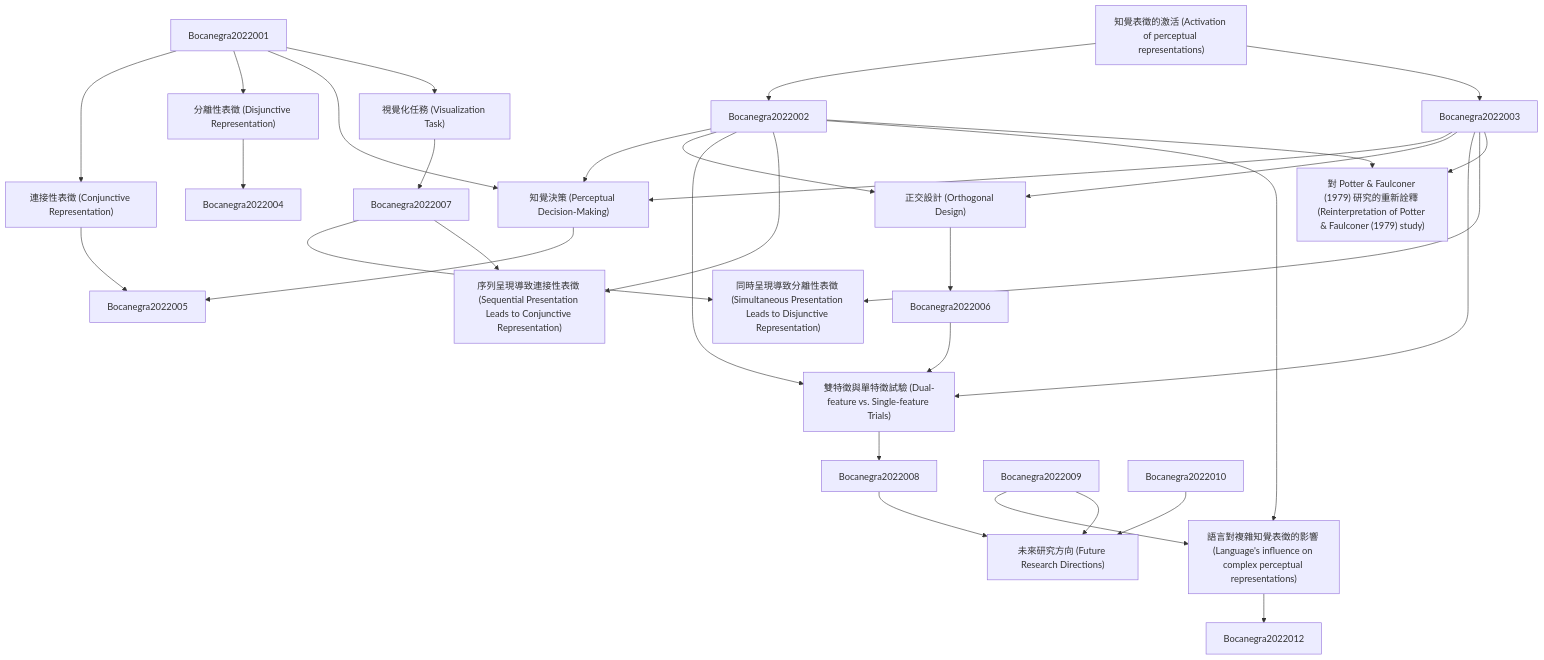
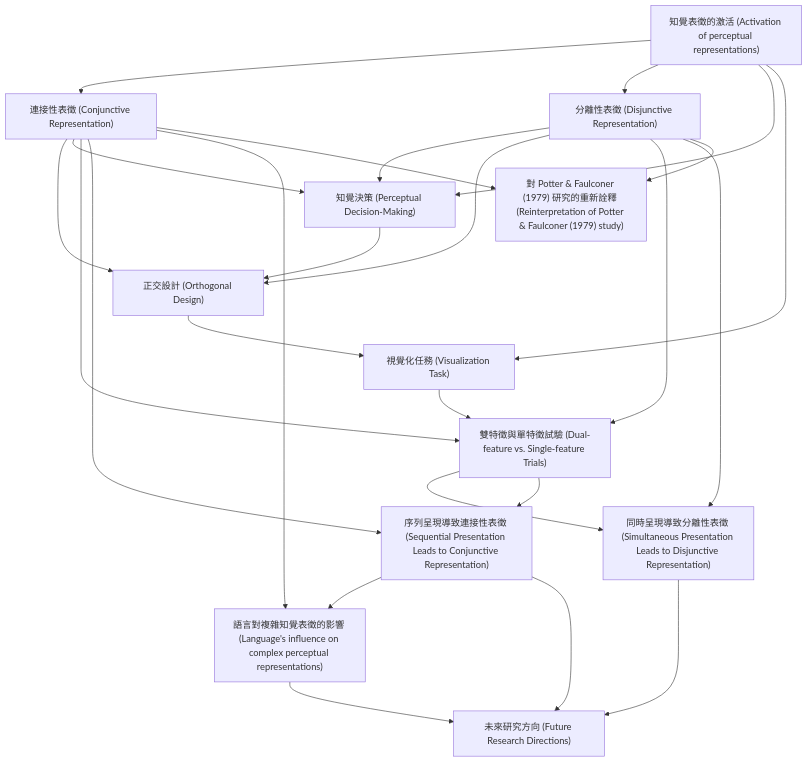
Before and after one commit to SCgeeker/Claude_Journal_Club_Agents: the diagram in output/zettelkasten_notes/zettel_Bocanegra-2022_20251104/zettel_index.md, drawn with Mermaid. The commit also changed 776 other files, not shown here.

````diff
--- a/output/zettelkasten_notes/zettel_Bocanegra-2022_20251104/zettel_index.md
+++ b/output/zettelkasten_notes/zettel_Bocanegra-2022_20251104/zettel_index.md
@@ -116,66 +116,59 @@
 
     Bocanegra-2022-012["未來研究方向 (Future Research Directions)"]
 
-    Bocanegra-2022-001 --> Bocanegra2022002
+    Bocanegra-2022-001 --> Bocanegra-2022-002
 
-    Bocanegra-2022-001 --> Bocanegra2022003
+    Bocanegra-2022-001 --> Bocanegra-2022-003
 
-    Bocanegra2022001 --> Bocanegra-2022-002
 
-    Bocanegra-2022-002 --> Bocanegra2022005
+    Bocanegra-2022-002 --> Bocanegra-2022-005
 
-    Bocanegra2022001 --> Bocanegra-2022-003
 
-    Bocanegra-2022-003 --> Bocanegra2022004
+    Bocanegra-2022-003 --> Bocanegra-2022-004
 
-    Bocanegra2022001 --> Bocanegra-2022-004
+    Bocanegra-2022-001 --> Bocanegra-2022-004
 
-    Bocanegra2022002 --> Bocanegra-2022-004
+    Bocanegra-2022-002 --> Bocanegra-2022-004
 
-    Bocanegra2022003 --> Bocanegra-2022-004
 
-    Bocanegra-2022-004 --> Bocanegra2022005
+    Bocanegra-2022-004 --> Bocanegra-2022-005
 
-    Bocanegra2022002 --> Bocanegra-2022-005
 
-    Bocanegra2022003 --> Bocanegra-2022-005
+    Bocanegra-2022-003 --> Bocanegra-2022-005
 
-    Bocanegra-2022-005 --> Bocanegra2022006
+    Bocanegra-2022-005 --> Bocanegra-2022-006
 
-    Bocanegra2022001 --> Bocanegra-2022-006
+    Bocanegra-2022-001 --> Bocanegra-2022-006
 
-    Bocanegra-2022-006 --> Bocanegra2022007
+    Bocanegra-2022-006 --> Bocanegra-2022-007
 
-    Bocanegra2022002 --> Bocanegra-2022-007
+    Bocanegra-2022-002 --> Bocanegra-2022-007
 
-    Bocanegra2022003 --> Bocanegra-2022-007
+    Bocanegra-2022-003 --> Bocanegra-2022-007
 
-    Bocanegra2022006 --> Bocanegra-2022-007
 
-    Bocanegra-2022-007 --> Bocanegra2022008
+    Bocanegra-2022-007 --> Bocanegra-2022-008
 
-    Bocanegra2022003 --> Bocanegra-2022-008
+    Bocanegra-2022-003 --> Bocanegra-2022-008
 
-    Bocanegra2022007 --> Bocanegra-2022-008
 
-    Bocanegra2022002 --> Bocanegra-2022-009
+    Bocanegra-2022-002 --> Bocanegra-2022-009
 
-    Bocanegra2022007 --> Bocanegra-2022-009
+    Bocanegra-2022-007 --> Bocanegra-2022-009
 
-    Bocanegra2022002 --> Bocanegra-2022-010
+    Bocanegra-2022-002 --> Bocanegra-2022-010
 
-    Bocanegra2022009 --> Bocanegra-2022-010
+    Bocanegra-2022-009 --> Bocanegra-2022-010
 
-    Bocanegra-2022-010 --> Bocanegra2022012
+    Bocanegra-2022-010 --> Bocanegra-2022-012
 
-    Bocanegra2022002 --> Bocanegra-2022-011
+    Bocanegra-2022-002 --> Bocanegra-2022-011
 
-    Bocanegra2022003 --> Bocanegra-2022-011
+    Bocanegra-2022-003 --> Bocanegra-2022-011
 
-    Bocanegra2022008 --> Bocanegra-2022-012
+    Bocanegra-2022-008 --> Bocanegra-2022-012
 
-    Bocanegra2022009 --> Bocanegra-2022-012
+    Bocanegra-2022-009 --> Bocanegra-2022-012
 
-    Bocanegra2022010 --> Bocanegra-2022-012
 
 ```
````
